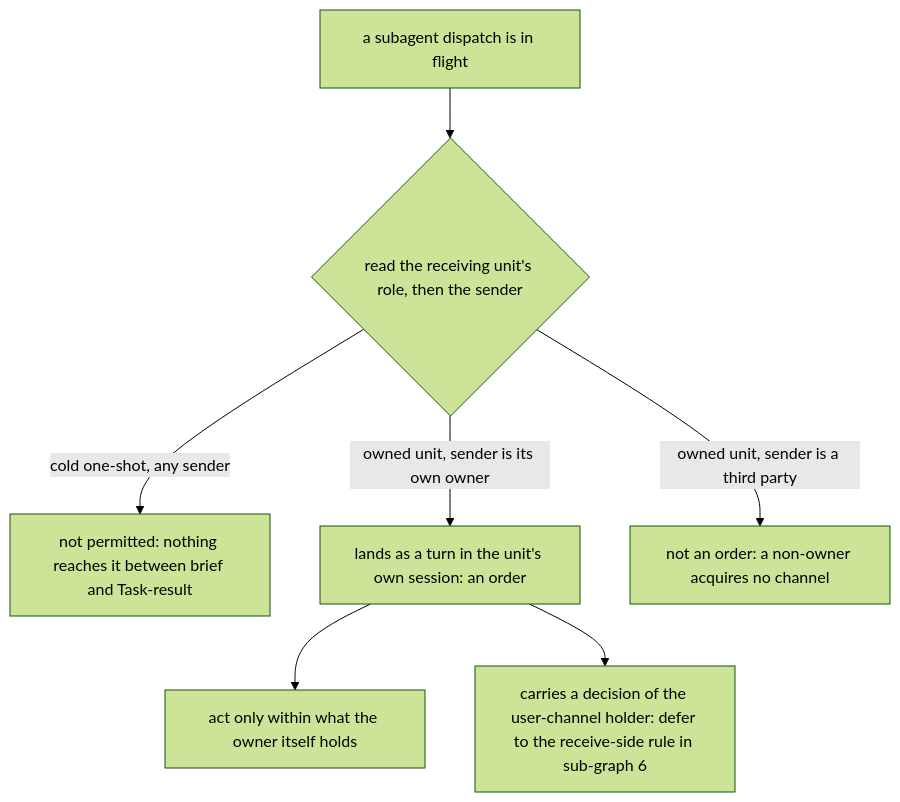
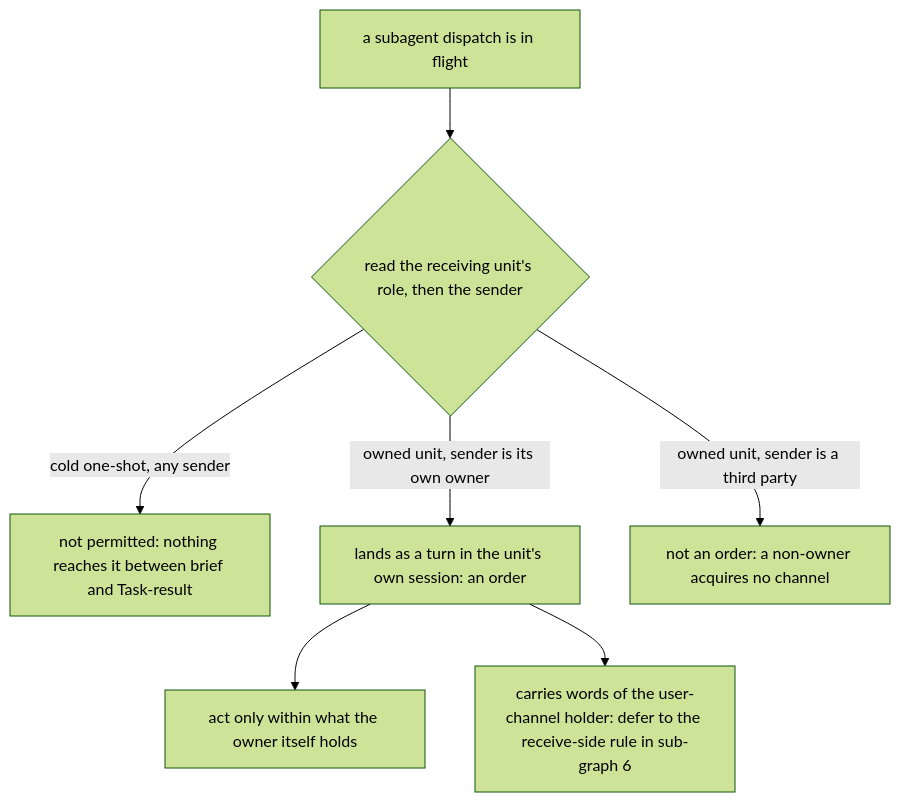
The fourth of 9 diagrams in .agents/specs/cyberlegion-plugin/dispatch/README.md (cyberuni/cyberlegion), drawn with Mermaid (forest theme) before and after one commit. The commit also changed other lines of this file and 10 other files, not shown here.

````diff
--- a/.agents/specs/cyberlegion-plugin/dispatch/README.md
+++ b/.agents/specs/cyberlegion-plugin/dispatch/README.md
@@ -238,9 +255,9 @@
 ```mermaid
 graph TD
   INFLIGHT[a subagent dispatch is in flight] --> WHO{read the receiving unit's role, then the sender}
   WHO -->|cold one-shot, any sender| BANNED[not permitted: nothing reaches it between brief and Task-result]
   WHO -->|owned unit, sender is its own owner| ORDER[lands as a turn in the unit's own session: an order]
   WHO -->|owned unit, sender is a third party| NOTORDER[not an order: a non-owner acquires no channel]
   ORDER --> ATTEN[act only within what the owner itself holds]
-  ORDER --> DEFER[carries a decision of the user-channel holder: defer to the receive-side rule in sub-graph 6]
+  ORDER --> DEFER[carries words of the user-channel holder: defer to the receive-side rule in sub-graph 6]
 ```
````
